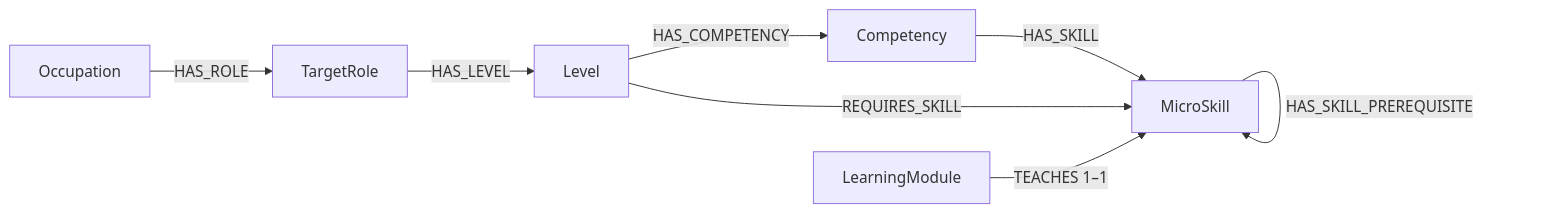
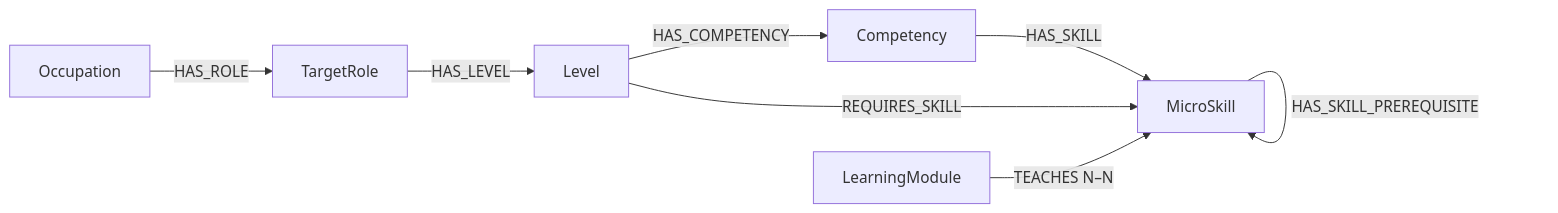
The diagram in documents/dataset/ONTOLOGY.md (SEP490-Fall-2026-GFA26SE64/SEP490), drawn with Mermaid before and after one commit. The commit also changed other lines of this file and 255 other files, not shown here.

````diff
--- a/documents/dataset/ONTOLOGY.md
+++ b/documents/dataset/ONTOLOGY.md
@@ -11,10 +11,10 @@
 ```mermaid
 flowchart LR
  O[Occupation] -->|HAS_ROLE| R[TargetRole]
  R -->|HAS_LEVEL| L[Level]
  L -->|HAS_COMPETENCY| C[Competency]
  C -->|HAS_SKILL| S[MicroSkill]
  L -->|REQUIRES_SKILL| S
- M[LearningModule] -->|TEACHES 1–1| S
+ M[LearningModule] -->|TEACHES N–N| S
  S -->|HAS_SKILL_PREREQUISITE| S
 ```
````
